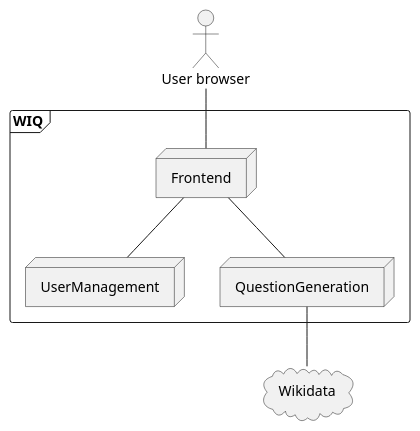
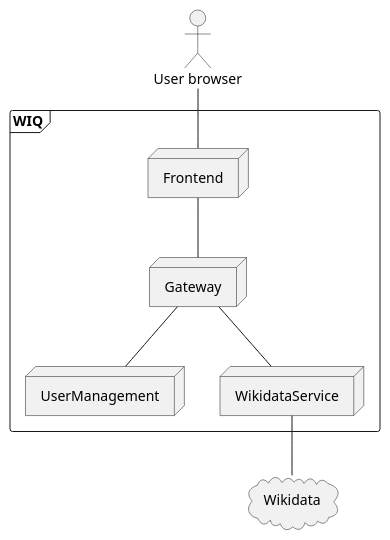
One commit to UO289930/wiq_en3a changed the second of 5 diagrams in docs/src/05_building_block_view.adoc. Above: the diagram before and after it, drawn with PlantUML. The commit also changed other lines of this file and 1 other file, not shown here.

```diff
--- a/docs/src/05_building_block_view.adoc
+++ b/docs/src/05_building_block_view.adoc
@@ -182,15 +114,17 @@
 [plantuml, format=png]
 ....
 actor user as "User browser"
 frame WIQ {
     node Frontend
     node UserManagement
-    node QuestionGeneration
+    node WikidataService
+    node Gateway
 }
 cloud Wikidata as "Wikidata"
 
 user -- Frontend
-Frontend -- UserManagement
-Frontend -- QuestionGeneration
-QuestionGeneration -- Wikidata
+Frontend -- Gateway
+Gateway -- UserManagement
+Gateway -- WikidataService
+WikidataService -- Wikidata
 ....
```
